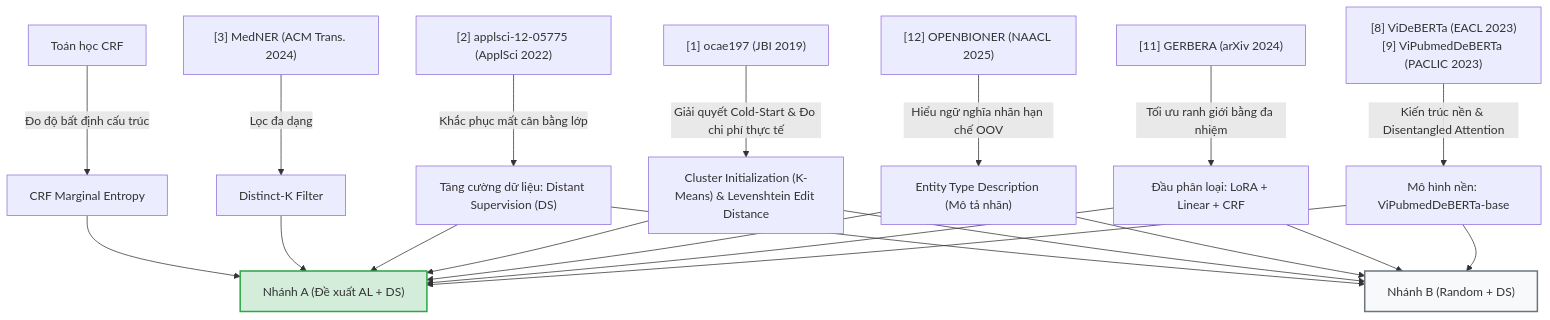
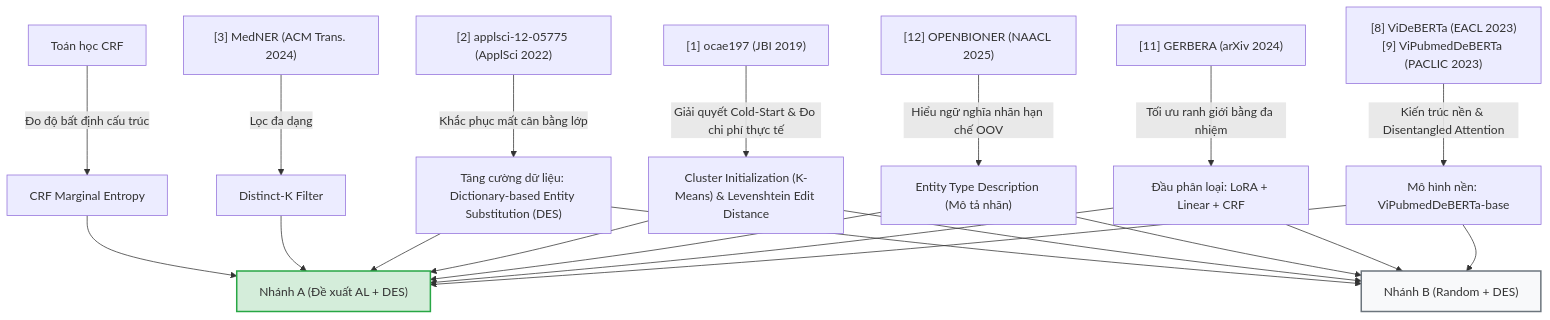
One commit to Uyen211/research_activelearning_vietbioner changed the diagram in proposal/06_research_rationale/chuoi_suy_luan_thiet_ke.md. Above: the diagram before and after it, drawn with Mermaid. The commit also changed other lines of this file and 230 other files, not shown here.

````diff
--- a/proposal/06_research_rationale/chuoi_suy_luan_thiet_ke.md
+++ b/proposal/06_research_rationale/chuoi_suy_luan_thiet_ke.md
@@ -15,33 +15,33 @@
 ```mermaid
 graph TD
     %% Base Model & Architecture
     Sub1["[8] ViDeBERTa (EACL 2023)<br>[9] ViPubmedDeBERTa (PACLIC 2023)"] -->|Kiến trúc nền & Disentangled Attention| Backbone["Mô hình nền: ViPubmedDeBERTa-base"]
     Sub2["[11] GERBERA (arXiv 2024)"] -->|Tối ưu ranh giới bằng đa nhiệm| Head["Đầu phân loại: LoRA + Linear + CRF"]
     
     %% Active Learning Core
     Sub3["[3] MedNER (ACM Trans. 2024)"] -->|Lọc đa dạng| LP_DK["Distinct-K Filter"]
     Sub_CRF["Toán học CRF"] -->|Đo độ bất định cấu trúc| ME["CRF Marginal Entropy"]
     Sub4["[1] ocae197 (JBI 2019)"] -->|Giải quyết Cold-Start & Đo chi phí thực tế| Cold_Edit["Cluster Initialization (K-Means) & Levenshtein Edit Distance"]
     
     %% Augmentation & Representation
-    Sub5["[2] applsci-12-05775 (ApplSci 2022)"] -->|Khắc phục mất cân bằng lớp| DS["Tăng cường dữ liệu: Distant Supervision (DS)"]
+    Sub5["[2] applsci-12-05775 (ApplSci 2022)"] -->|Khắc phục mất cân bằng lớp| DES["Tăng cường dữ liệu: Dictionary-based Entity Substitution (DES)"]
     Sub6["[12] OPENBIONER (NAACL 2025)"] -->|Hiểu ngữ nghĩa nhãn hạn chế OOV| Prompt["Entity Type Description (Mô tả nhãn)"]
 
     %% Integration
-    Backbone --> BranchA["Nhánh A (Đề xuất AL + DS)"]
-    Backbone --> BranchB["Nhánh B (Random + DS)"]
+    Backbone --> BranchA["Nhánh A (Đề xuất AL + DES)"]
+    Backbone --> BranchB["Nhánh B (Random + DES)"]
     Head --> BranchA
     Head --> BranchB
     Prompt --> BranchA
     Prompt --> BranchB
     Cold_Edit --> BranchA
     Cold_Edit --> BranchB
-    DS --> BranchA
-    DS --> BranchB
+    DES --> BranchA
+    DES --> BranchB
     
     LP_DK --> BranchA
     ME --> BranchA
     
     style BranchA fill:#d4edda,stroke:#28a745,stroke-width:2px
     style BranchB fill:#f8f9fa,stroke:#6c757d,stroke-width:2px
 ```
````
